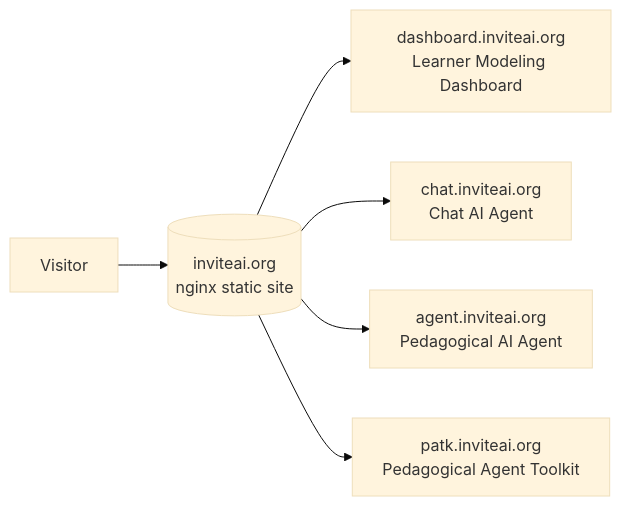
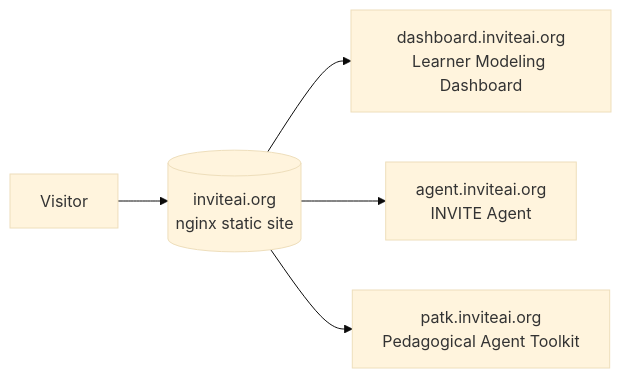
One commit to InviteInstitute/invite-web changed the diagram in README.md. Above: the diagram before and after it, drawn with Mermaid (base theme). The commit also changed other lines of this file and 8 other files, not shown here.

First line of the commit message:
Show the one INVITE Agent instead of two (#6)

````diff
--- a/README.md
+++ b/README.md
@@ -16,8 +15,7 @@
 ```mermaid
 flowchart LR
     visitor["Visitor"] --> site[("inviteai.org<br/>nginx static site")]
     site --> dash["dashboard.inviteai.org<br/>Learner Modeling Dashboard"]
-    site --> chat["chat.inviteai.org<br/>Chat AI Agent"]
-    site --> agent["agent.inviteai.org<br/>Pedagogical AI Agent"]
+    site --> agent["agent.inviteai.org<br/>INVITE Agent"]
     site --> patk["patk.inviteai.org<br/>Pedagogical Agent Toolkit"]
 ```
````
